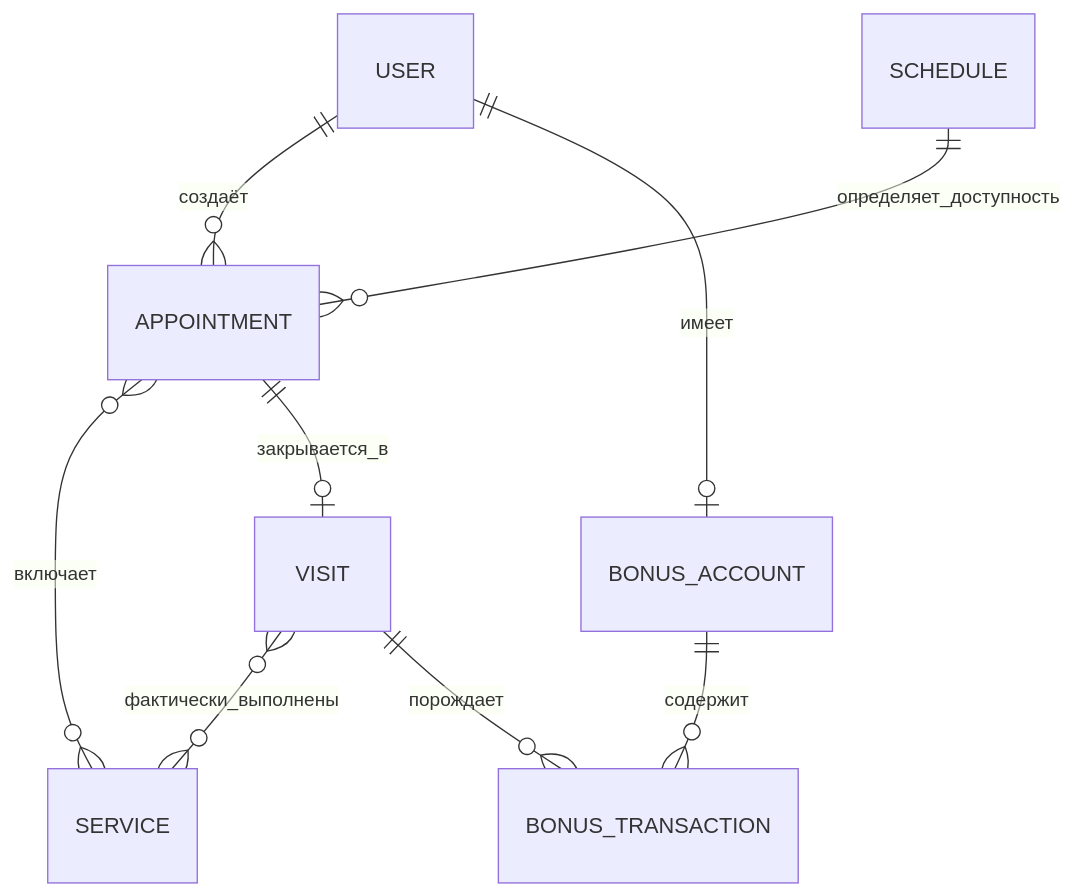
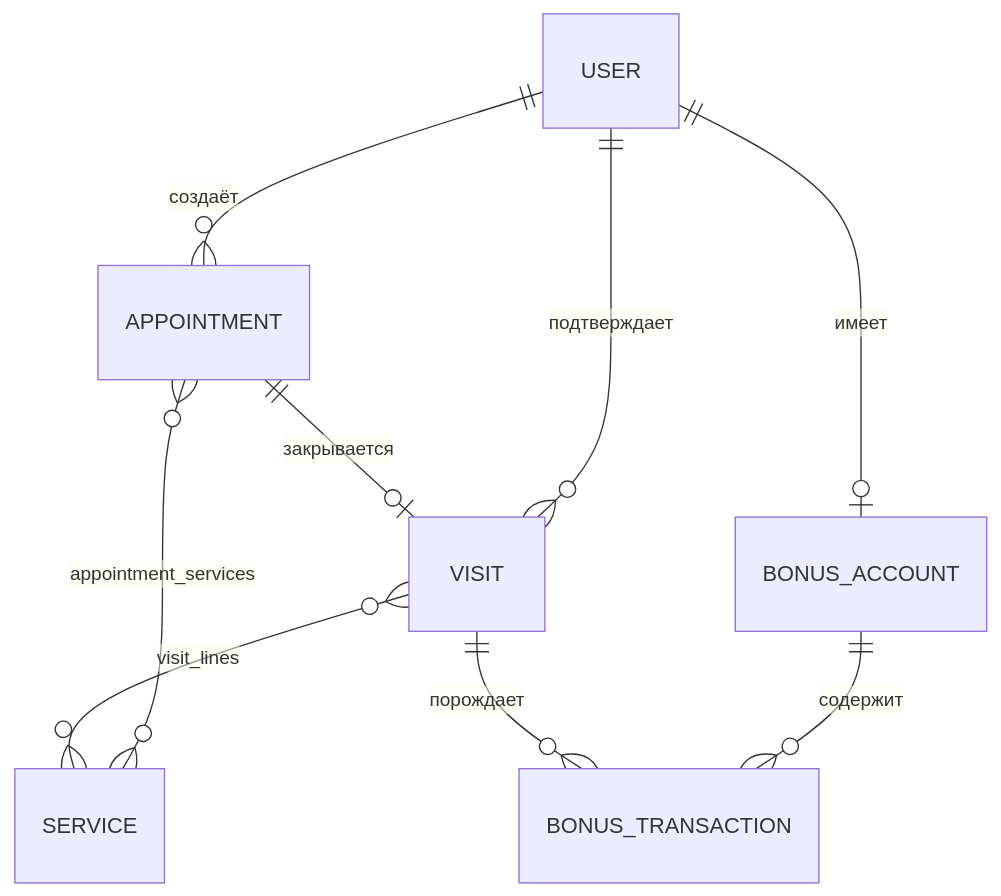
Before and after one commit to zharkov-ruslan/pereobuyka: the first of 2 diagrams in docs/tech/data-model.md, drawn with Mermaid. The commit also changed other lines of this file and 94 other files, not shown here.

````diff
--- a/docs/tech/data-model.md
+++ b/docs/tech/data-model.md
@@ -130,11 +157,11 @@
 ```mermaid
 erDiagram
     USER ||--o{ APPOINTMENT : создаёт
     USER ||--o| BONUS_ACCOUNT : имеет
+    USER ||--o{ VISIT : подтверждает
     BONUS_ACCOUNT ||--o{ BONUS_TRANSACTION : содержит
-    APPOINTMENT }o--o{ SERVICE : включает
-    APPOINTMENT ||--o| VISIT : закрывается_в
-    VISIT }o--o{ SERVICE : фактически_выполнены
+    APPOINTMENT }o--o{ SERVICE : appointment_services
+    APPOINTMENT ||--o| VISIT : закрывается
+    VISIT }o--o{ SERVICE : visit_lines
     VISIT ||--o{ BONUS_TRANSACTION : порождает
-    SCHEDULE ||--o{ APPOINTMENT : определяет_доступность
 ```
````
